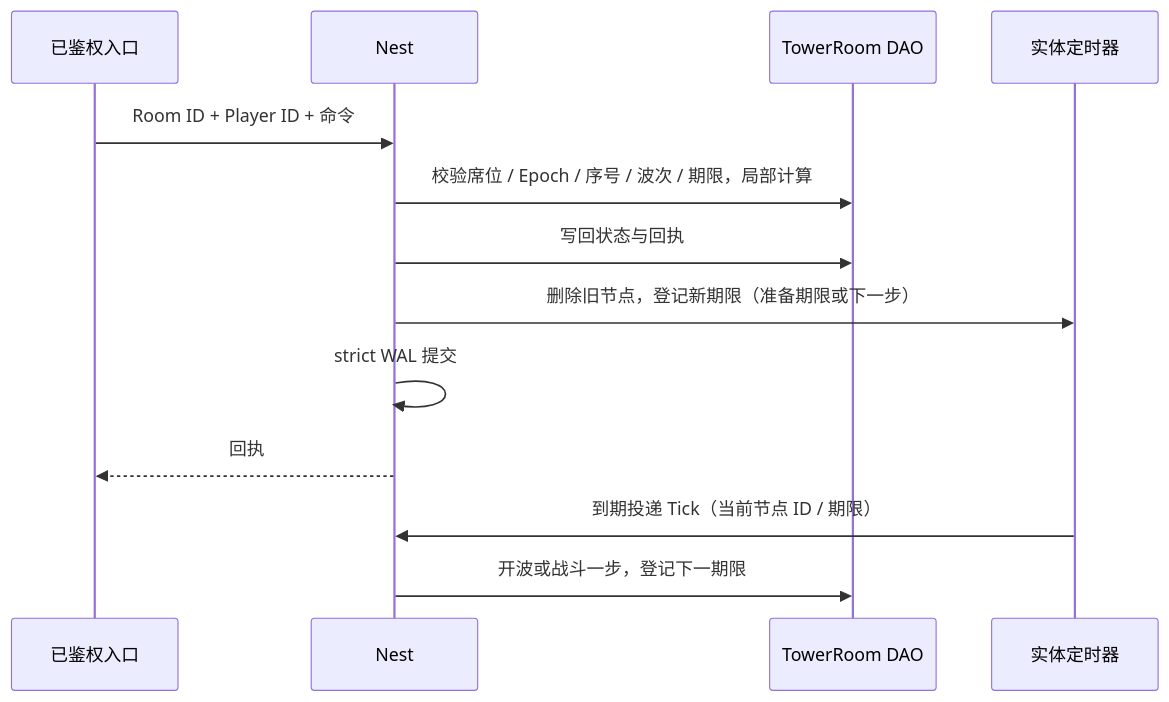
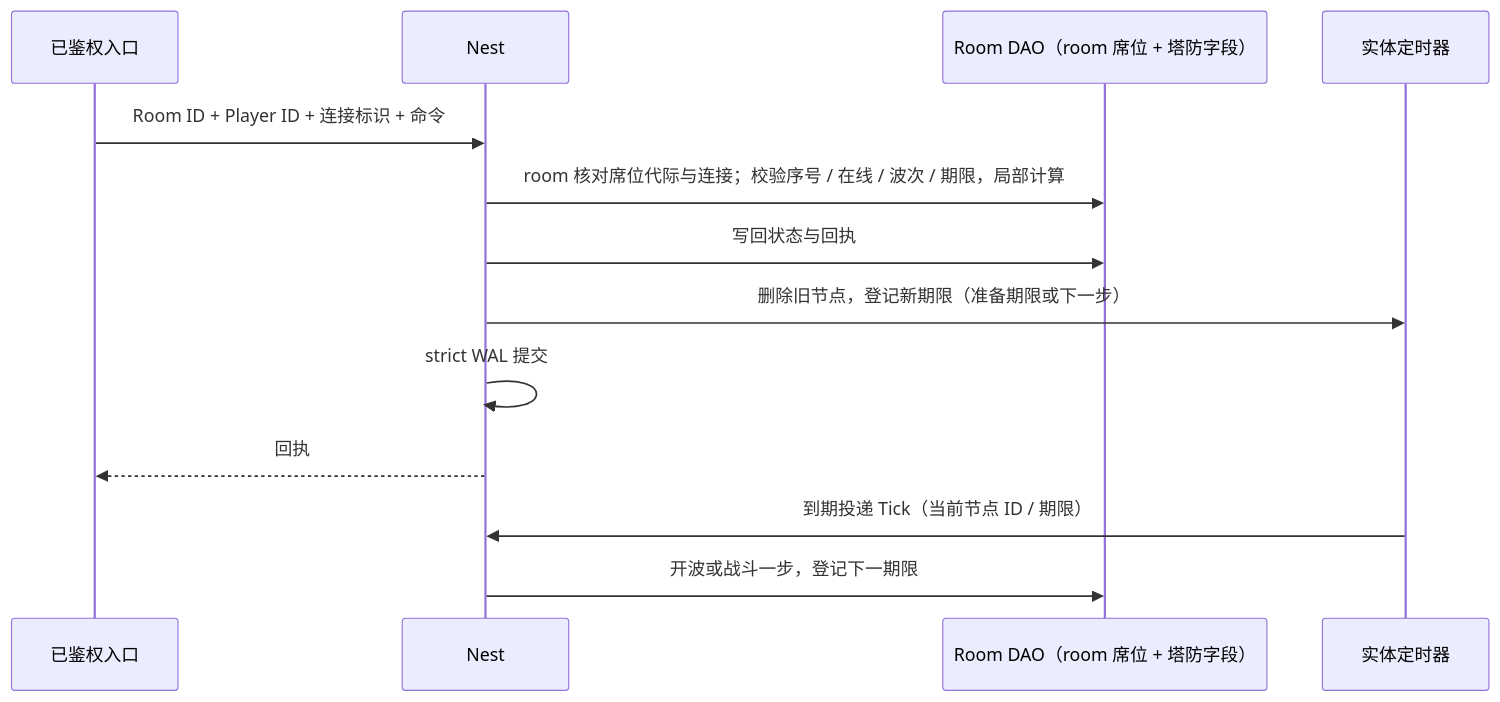
One commit to tjbdwanghaibo/roost-core changed the second of 2 diagrams in docs/framework/TOWER-DEFENSE-INTEGRATION.md. Above: the diagram before and after it, drawn with Mermaid. The commit also changed other lines of this file and 22 other files, not shown here.

````diff
--- a/docs/framework/TOWER-DEFENSE-INTEGRATION.md
+++ b/docs/framework/TOWER-DEFENSE-INTEGRATION.md
@@ -168,15 +204,15 @@
 ```mermaid
 sequenceDiagram
     participant C as 已鉴权入口
     participant N as Nest
-    participant R as TowerRoom DAO
+    participant R as Room DAO（room 席位 + 塔防字段）
     participant T as 实体定时器
-    C->>N: Room ID + Player ID + 命令
-    N->>R: 校验席位 / Epoch / 序号 / 波次 / 期限，局部计算
+    C->>N: Room ID + Player ID + 连接标识 + 命令
+    N->>R: room 核对席位代际与连接；校验序号 / 在线 / 波次 / 期限，局部计算
     N->>R: 写回状态与回执
     N->>T: 删除旧节点，登记新期限（准备期限或下一步）
     N->>N: strict WAL 提交
     N-->>C: 回执
     T->>N: 到期投递 Tick（当前节点 ID / 期限）
     N->>R: 开波或战斗一步，登记下一期限
 ```
````
